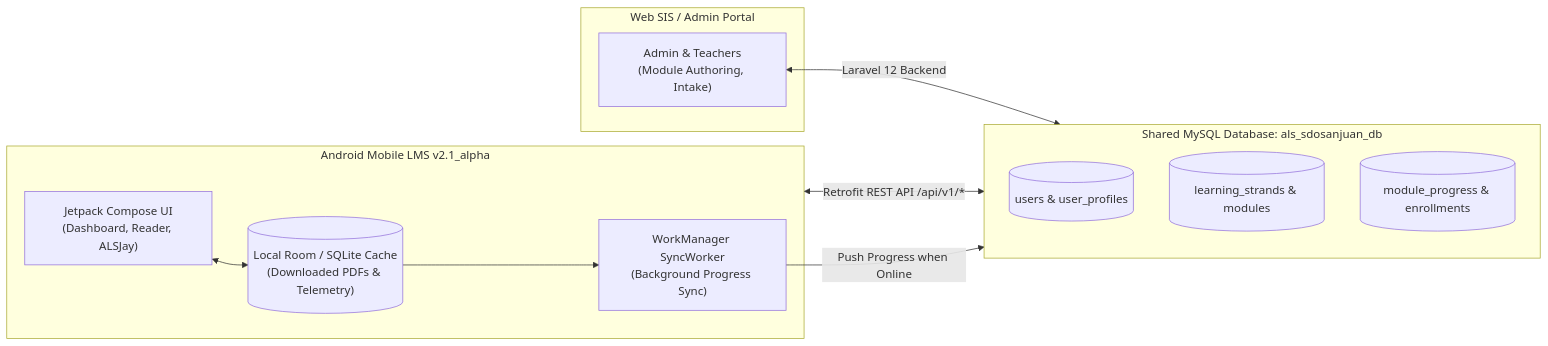
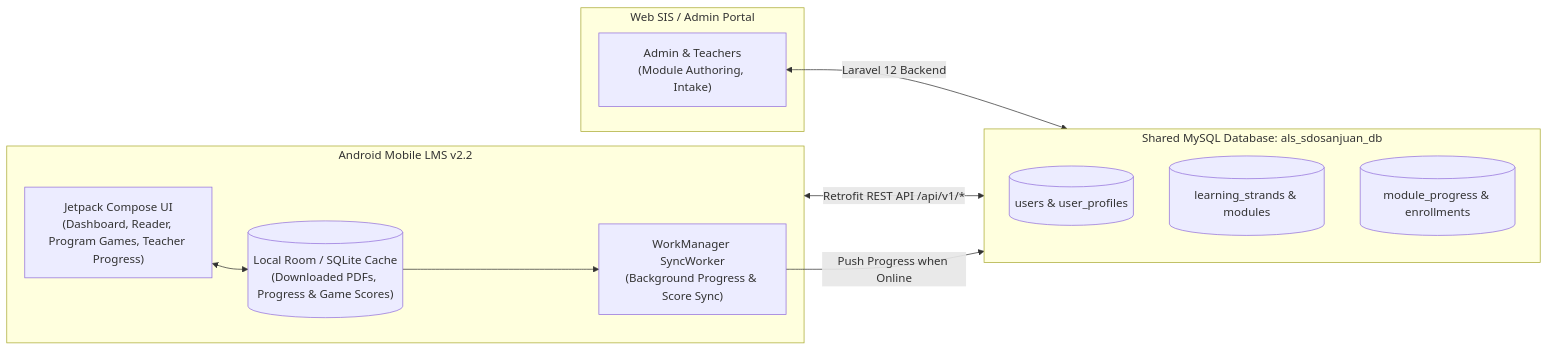
Before and after one commit to Renren051/als_sdosanjuan_modules_apk: the diagram in README.md, drawn with Mermaid. The commit also changed other lines of this file and 194 other files, not shown here.

````diff
--- a/README.md
+++ b/README.md
@@ -26,28 +26,28 @@
 ```mermaid
 graph LR
     subgraph Web_Portal [Web SIS / Admin Portal]
         Web_Admin["Admin & Teachers
 (Module Authoring, Intake)"]
     end
 
     subgraph Central_DB [Shared MySQL Database: als_sdosanjuan_db]
         Users[("users & user_profiles")]
         Modules[("learning_strands & modules")]
         Progress[("module_progress & enrollments")]
     end
 
-    subgraph Mobile_App [Android Mobile LMS v2.1_alpha]
+    subgraph Mobile_App [Android Mobile LMS v2.2]
         Android_UI["Jetpack Compose UI
-(Dashboard, Reader, ALSJay)"]
+(Dashboard, Reader, Program Games, Teacher Progress)"]
         Local_Room[("Local Room / SQLite Cache
-(Downloaded PDFs & Telemetry)")]
+(Downloaded PDFs, Progress & Game Scores)")]
         Sync_Worker["WorkManager SyncWorker
-(Background Progress Sync)"]
+(Background Progress & Score Sync)"]
     end
 
     Web_Admin <-->|Laravel 12 Backend| Central_DB
     Mobile_App <-->|Retrofit REST API /api/v1/*| Central_DB
     Android_UI <--> Local_Room
     Local_Room --> Sync_Worker
     Sync_Worker -->|Push Progress when Online| Central_DB
 ```
````
